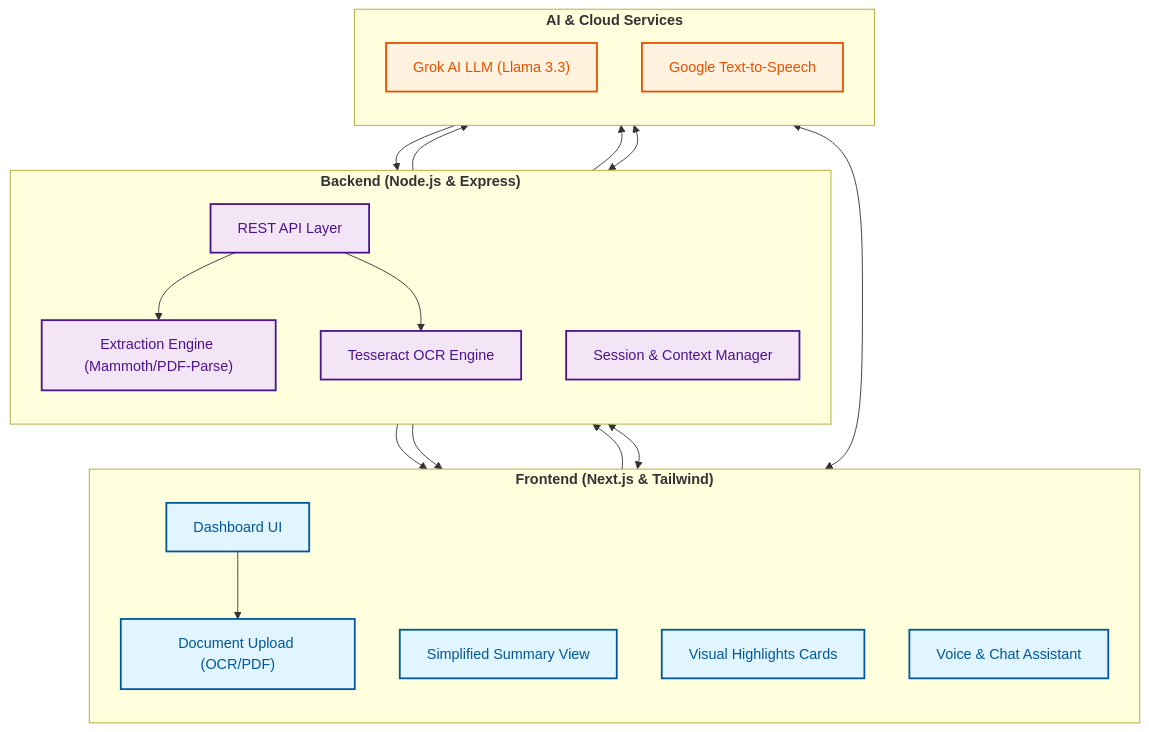
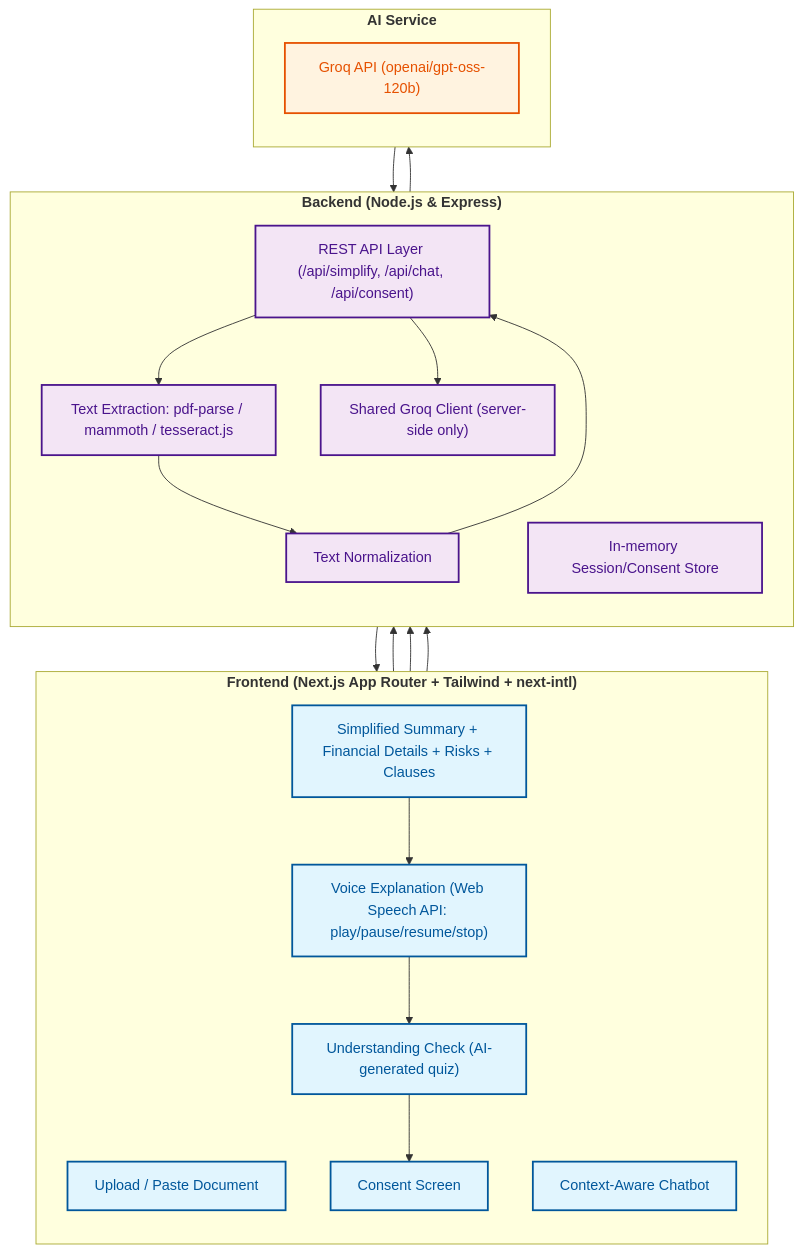
One commit to sanss03/Agreeva changed the diagram in README.md. Above: the diagram before and after it, drawn with Mermaid. The commit also changed other lines of this file and 26 other files, not shown here.

Commit message:
feat: update backend services, routes, frontend components and add utils

````diff
--- a/README.md
+++ b/README.md
@@ -6,49 +6,44 @@
 ```mermaid
 graph TD
     %% Styling
     classDef client fill:#e1f5fe,stroke:#01579b,stroke-width:2px,color:#01579b;
     classDef server fill:#f3e5f5,stroke:#4a148c,stroke-width:2px,color:#4a148c;
     classDef ai fill:#fff3e0,stroke:#e65100,stroke-width:2px,color:#e65100;
-    classDef database fill:#e8f5e9,stroke:#1b5e20,stroke-width:2px,color:#1b5e20;
 
-    subgraph Client ["<b>Frontend (Next.js & Tailwind)</b>"]
+    subgraph Client ["<b>Frontend (Next.js App Router + Tailwind + next-intl)</b>"]
         direction TB
-        UI["Dashboard UI"]
-        US["Document Upload (OCR/PDF)"]
-        SB["Simplified Summary View"]
-        VB["Visual Highlights Cards"]
-        CB["Voice & Chat Assistant"]
+        US["Upload / Paste Document"]
+        SB["Simplified Summary + Financial Details + Risks + Clauses"]
+        VE["Voice Explanation (Web Speech API: play/pause/resume/stop)"]
+        UC["Understanding Check (AI-generated quiz)"]
+        CS["Consent Screen"]
+        CB["Context-Aware Chatbot"]
     end
 
     subgraph Server ["<b>Backend (Node.js & Express)</b>"]
         direction TB
-        API["REST API Layer"]
-        EP["Extraction Engine (Mammoth/PDF-Parse)"]
-        OCR["Tesseract OCR Engine"]
-        CS["Session & Context Manager"]
+        API["REST API Layer (/api/simplify, /api/chat, /api/consent)"]
+        EP["Text Extraction: pdf-parse / mammoth / tesseract.js"]
+        NORM["Text Normalization"]
+        GC["Shared Groq Client (server-side only)"]
+        STORE["In-memory Session/Consent Store"]
     end
 
-    subgraph External ["<b>AI & Cloud Services</b>"]
+    subgraph External ["<b>AI Service</b>"]
         direction TB
-        Grok["Grok AI LLM (Llama 3.3)"]
-        TTS["Google Text-to-Speech"]
+        Groq["Groq API (openai/gpt-oss-120b)"]
     end
 
-    %% Connections
-    UI --> US
     US --> API
-    API --> EP
-    API --> OCR
-    EP & OCR --> Grok
-    Grok --> API
+    API --> EP --> NORM --> API
     API --> SB
-    API --> VB
-    CS <--> Grok
-    CB <--> CS
-    CB <--> TTS
+    SB --> VE --> UC --> CS
+    API --> GC --> Groq
+    Groq --> API
+    CB --> API
+    CS --> STORE
 
-    %% Apply Classes
-    class UI,US,SB,VB,CB client;
-    class API,EP,OCR,CS server;
-    class Grok,TTS ai;
+    class US,SB,VE,UC,CS,CB client;
+    class API,EP,NORM,GC,STORE server;
+    class Groq ai;
 ```
````
